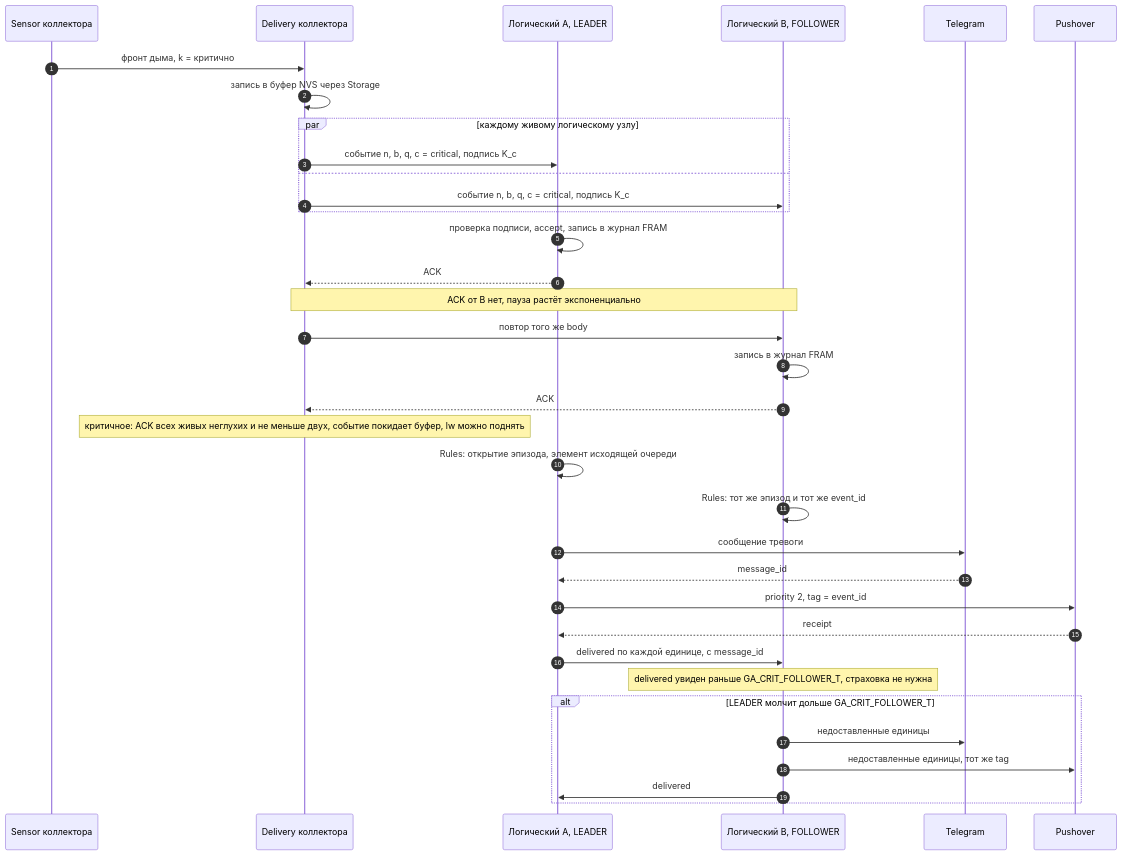
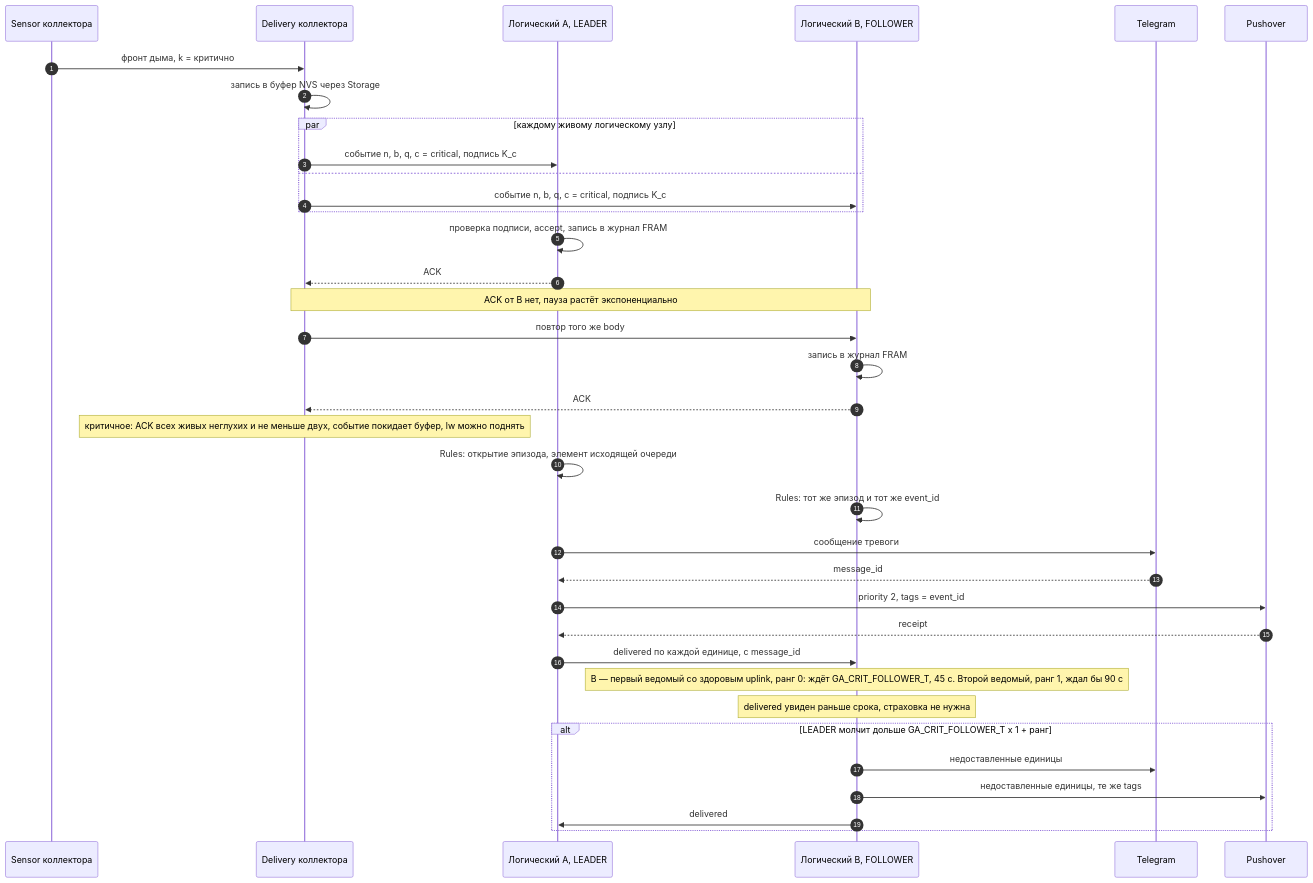
The second of 15 diagrams in _bmad-output/planning-artifacts/protocols-reference/garageAlarms2-протоколы-обмена.md (wol-micro/garageAlarms2.0), drawn with Mermaid before and after one commit. The commit also changed other lines of this file and 6 other files, not shown here.

Commit message:
Plan: no-leader insurance rank by uplink, period example assumption; protocols documents for critique round 9

````diff
--- a/_bmad-output/planning-artifacts/protocols-reference/garageAlarms2-протоколы-обмена.md
+++ b/_bmad-output/planning-artifacts/protocols-reference/garageAlarms2-протоколы-обмена.md
@@ -394,37 +394,38 @@
 ```mermaid
 sequenceDiagram
   autonumber
   participant S as Sensor коллектора
   participant D as Delivery коллектора
   participant A as Логический A, LEADER
   participant B as Логический B, FOLLOWER
   participant TG as Telegram
   participant PO as Pushover
   S->>D: фронт дыма, k = критично
   D->>D: запись в буфер NVS через Storage
   par каждому живому логическому узлу
     D->>A: событие n, b, q, c = critical, подпись K_c
   and
     D->>B: событие n, b, q, c = critical, подпись K_c
   end
   A->>A: проверка подписи, accept, запись в журнал FRAM
   A-->>D: ACK
   Note over D,B: ACK от B нет, пауза растёт экспоненциально
   D->>B: повтор того же body
   B->>B: запись в журнал FRAM
   B-->>D: ACK
   Note over D: критичное: ACK всех живых неглухих и не меньше двух, событие покидает буфер, lw можно поднять
   A->>A: Rules: открытие эпизода, элемент исходящей очереди
   B->>B: Rules: тот же эпизод и тот же event_id
   A->>TG: сообщение тревоги
   TG-->>A: message_id
-  A->>PO: priority 2, tag = event_id
+  A->>PO: priority 2, tags = event_id
   PO-->>A: receipt
   A->>B: delivered по каждой единице, с message_id
-  Note over B: delivered увиден раньше GA_CRIT_FOLLOWER_T, страховка не нужна
-  alt LEADER молчит дольше GA_CRIT_FOLLOWER_T
+  Note over B: B — первый ведомый со здоровым uplink, ранг 0: ждёт GA_CRIT_FOLLOWER_T, 45 с. Второй ведомый, ранг 1, ждал бы 90 с
+  Note over B: delivered увиден раньше срока, страховка не нужна
+  alt LEADER молчит дольше GA_CRIT_FOLLOWER_T x 1 + ранг
     B->>TG: недоставленные единицы
-    B->>PO: недоставленные единицы, тот же tag
+    B->>PO: недоставленные единицы, те же tags
     B->>A: delivered
   end
 ```
````
